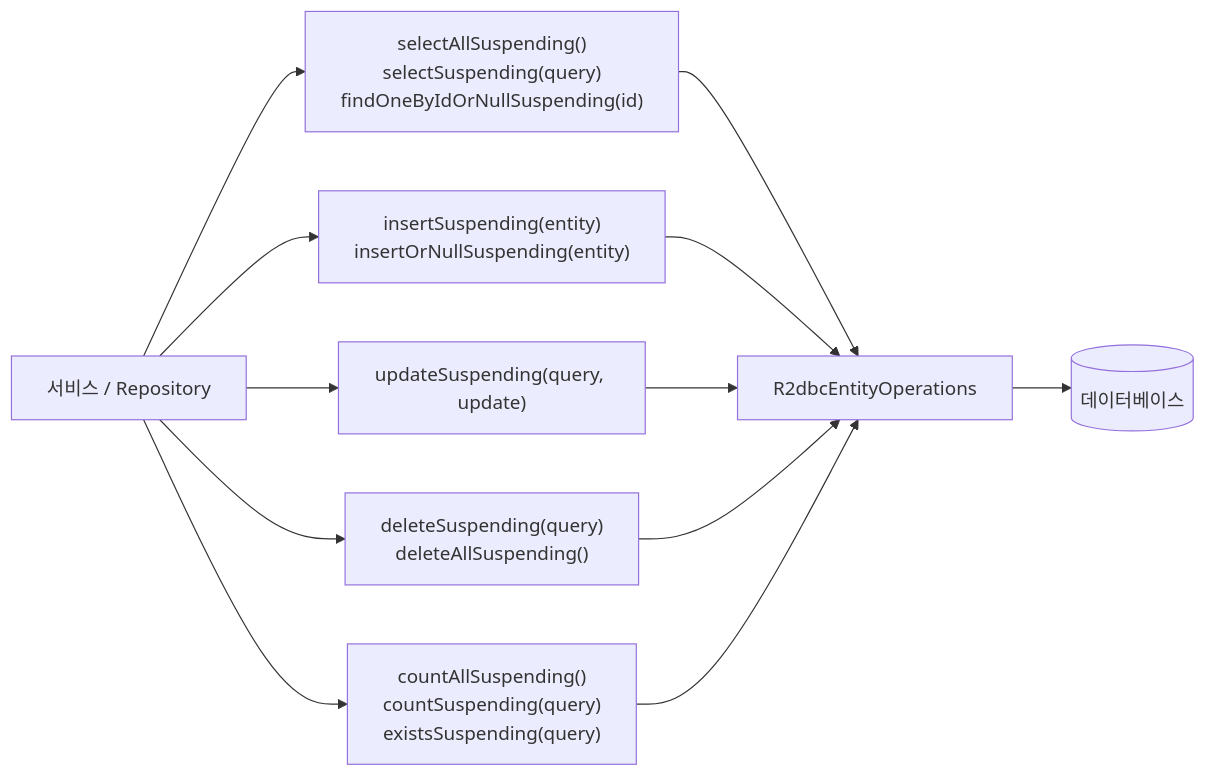
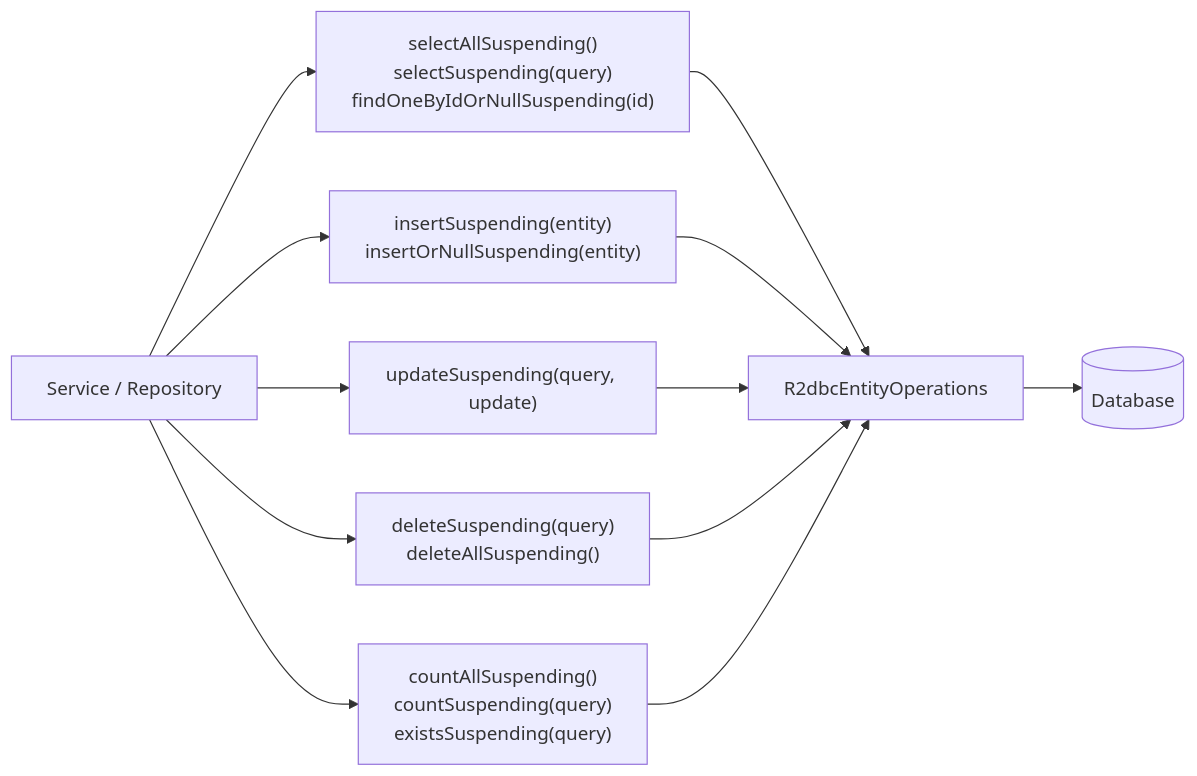
Before and after one commit to bluetape4k/bluetape4k-projects: the third of 4 diagrams in spring-boot3/r2dbc/README.md, drawn with Mermaid. The commit also changed other lines of this file and 265 other files, not shown here.

````diff
--- a/spring-boot3/r2dbc/README.md
+++ b/spring-boot3/r2dbc/README.md
@@ -369,14 +371,14 @@
 ```mermaid
 flowchart LR
-    Service["서비스 / Repository"] --> Select["selectAllSuspending()<br/>selectSuspending(query)<br/>findOneByIdOrNullSuspending(id)"]
+    Service["Service / Repository"] --> Select["selectAllSuspending()<br/>selectSuspending(query)<br/>findOneByIdOrNullSuspending(id)"]
     Service --> Insert["insertSuspending(entity)<br/>insertOrNullSuspending(entity)"]
     Service --> Update["updateSuspending(query, update)"]
     Service --> Delete["deleteSuspending(query)<br/>deleteAllSuspending()"]
     Service --> Count["countAllSuspending()<br/>countSuspending(query)<br/>existsSuspending(query)"]
     Select --> ROps["R2dbcEntityOperations"]
     Insert --> ROps
     Update --> ROps
     Delete --> ROps
     Count --> ROps
-    ROps --> DB[("데이터베이스")]
+    ROps --> DB[("Database")]
 ```
````
